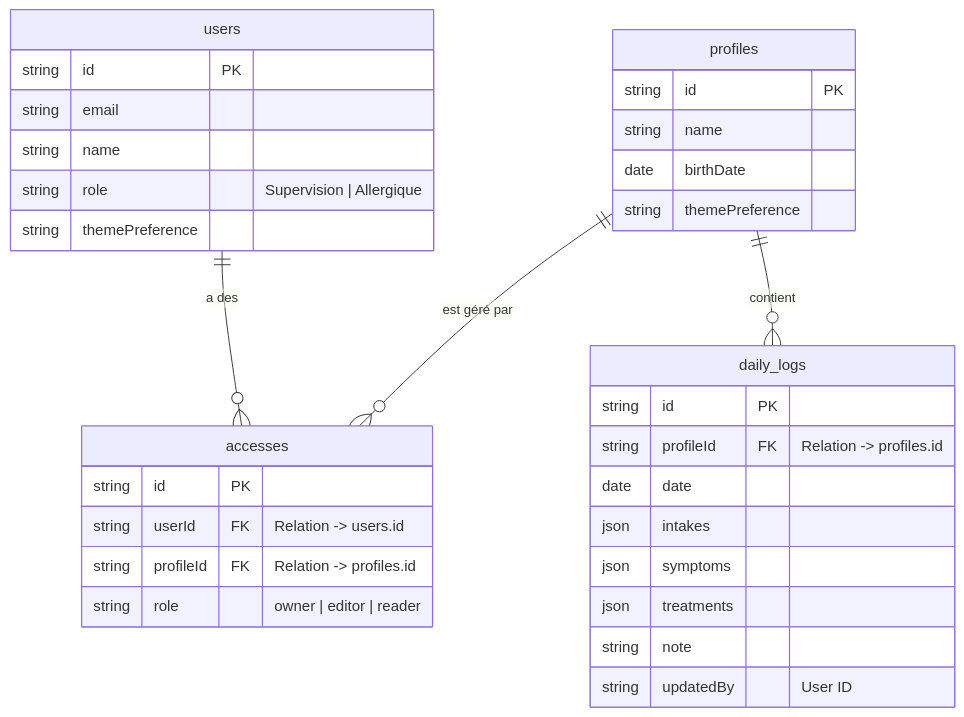
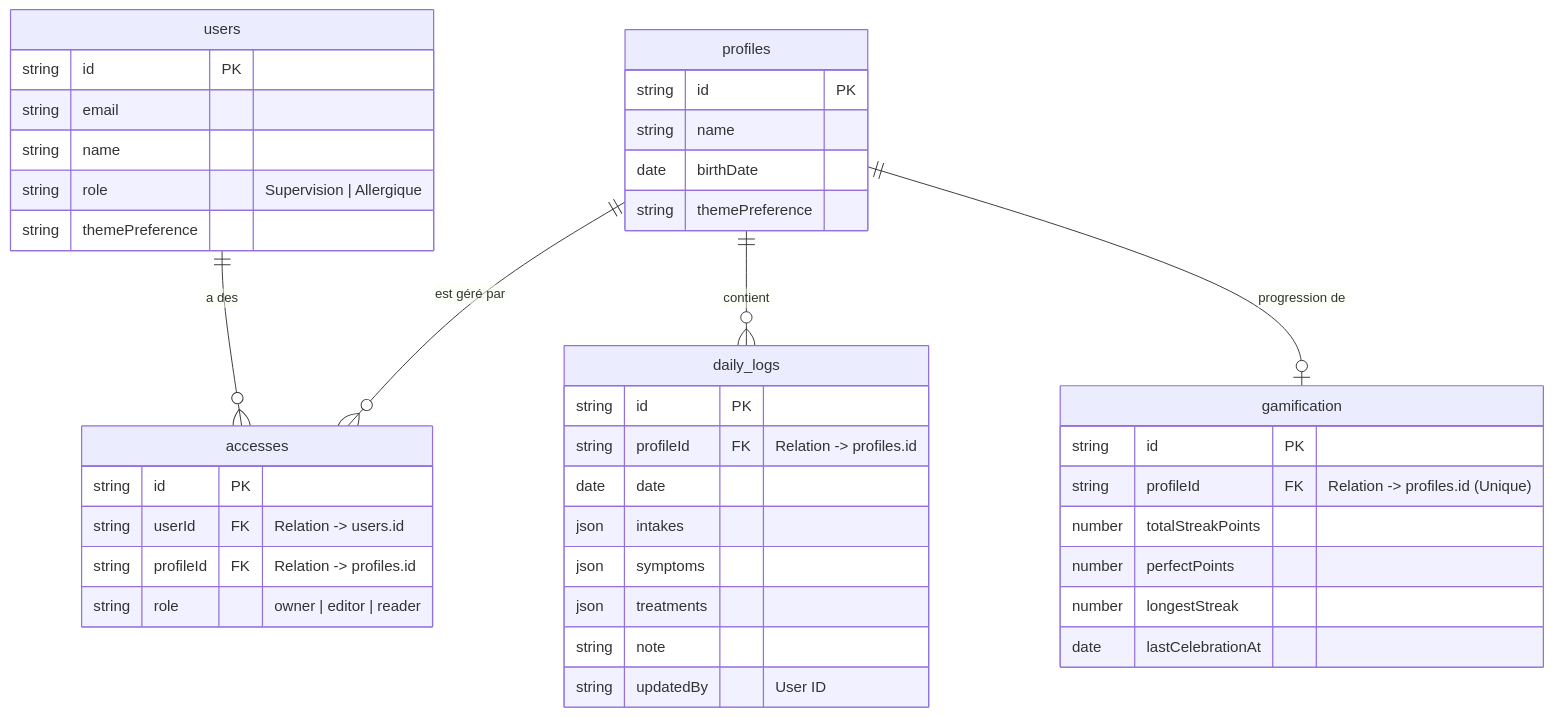
One commit to Rebolon/allergy-track changed the diagram in MCD.md. Above: the diagram before and after it, drawn with Mermaid. The commit also changed other lines of this file and 29 other files, not shown here.

````diff
--- a/MCD.md
+++ b/MCD.md
@@ -5,39 +5,49 @@
 ```mermaid
 erDiagram
     users ||--o{ accesses : "a des"
     profiles ||--o{ accesses : "est géré par"
     profiles ||--o{ daily_logs : "contient"
+    profiles ||--o| gamification : "progression de"
 
     users {
         string id PK
         string email
         string name
         string role "Supervision | Allergique"
         string themePreference
     }
 
     profiles {
         string id PK
         string name
         date birthDate
         string themePreference
     }
 
     accesses {
         string id PK
         string userId FK "Relation -> users.id"
         string profileId FK "Relation -> profiles.id"
         string role "owner | editor | reader"
     }
 
     daily_logs {
         string id PK
         string profileId FK "Relation -> profiles.id"
         date date
         json intakes
         json symptoms
         json treatments
         string note
         string updatedBy "User ID"
     }
+
+    gamification {
+        string id PK
+        string profileId FK "Relation -> profiles.id (Unique)"
+        number totalStreakPoints
+        number perfectPoints
+        number longestStreak
+        date lastCelebrationAt
+    }
 ```
````
